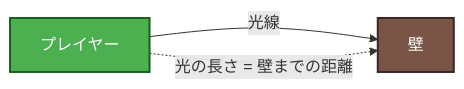
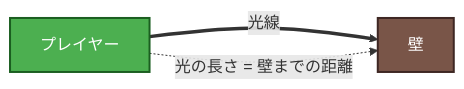
The first of 6 diagrams in docs/03-raycasting.md (Tsunanko/cub3d-guide), drawn with Mermaid before and after one commit. The commit also changed other lines of this file and 5 other files, not shown here.

````diff
--- a/docs/03-raycasting.md
+++ b/docs/03-raycasting.md
@@ -31,8 +31,8 @@
 ```mermaid
 flowchart LR
-    P[プレイヤー] -- 光線 --> W[壁]
+    P[プレイヤー] == 光線 ==> W[壁]
     P -. 光の長さ = 壁までの距離 .-> W
 
     style P fill:#4CAF50,color:#fff,stroke:#1B5E20,stroke-width:2px
     style W fill:#795548,color:#fff,stroke:#3E2723,stroke-width:2px
 ```
````
